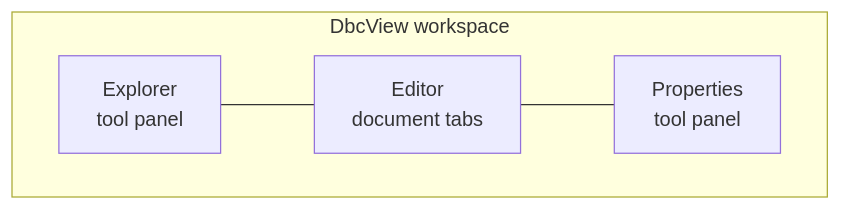
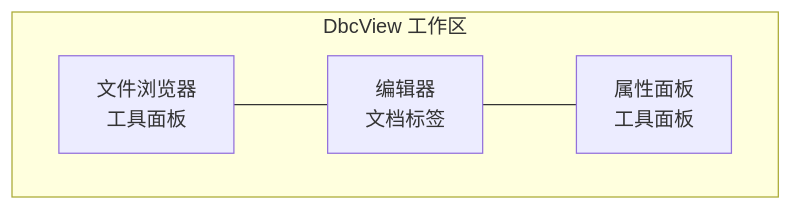
Before and after one commit to HestiaLab/DbcView: the first of 2 diagrams in README.md, drawn with Mermaid. The commit also changed other lines of this file and 6 other files, not shown here.

````diff
--- a/README.md
+++ b/README.md
@@ -20,8 +36,8 @@
 ```mermaid
 flowchart LR
-    subgraph WS["DbcView workspace"]
+    subgraph WS["DbcView 工作区"]
         direction LR
-        EXP["Explorer<br/>tool panel"] --- EDT["Editor<br/>document tabs"]
-        EDT --- PRP["Properties<br/>tool panel"]
+        EXP["文件浏览器<br/>工具面板"] --- EDT["编辑器<br/>文档标签"]
+        EDT --- PRP["属性面板<br/>工具面板"]
     end
 ```
````
